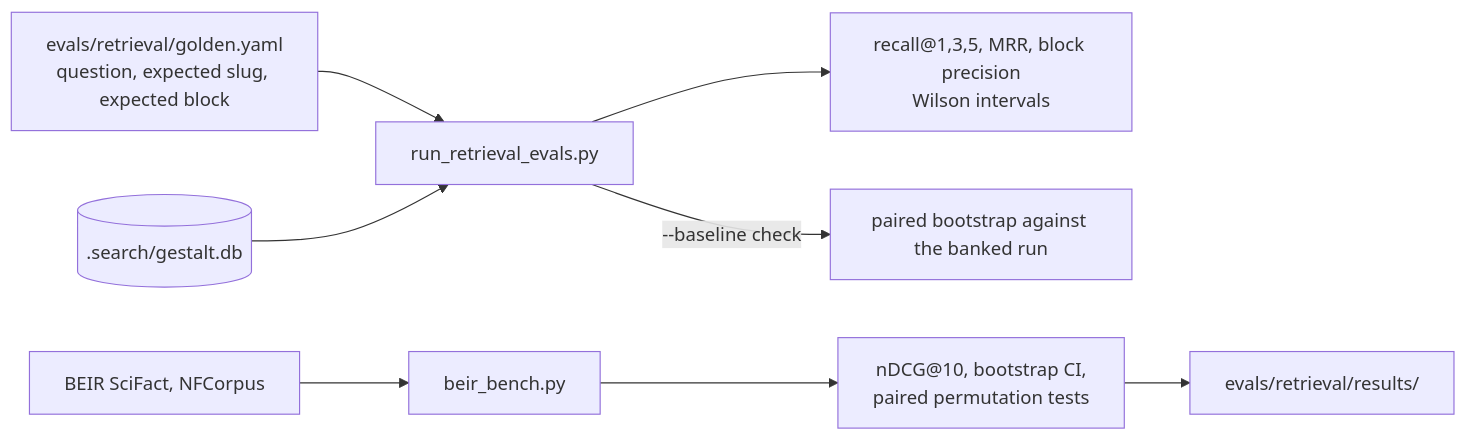
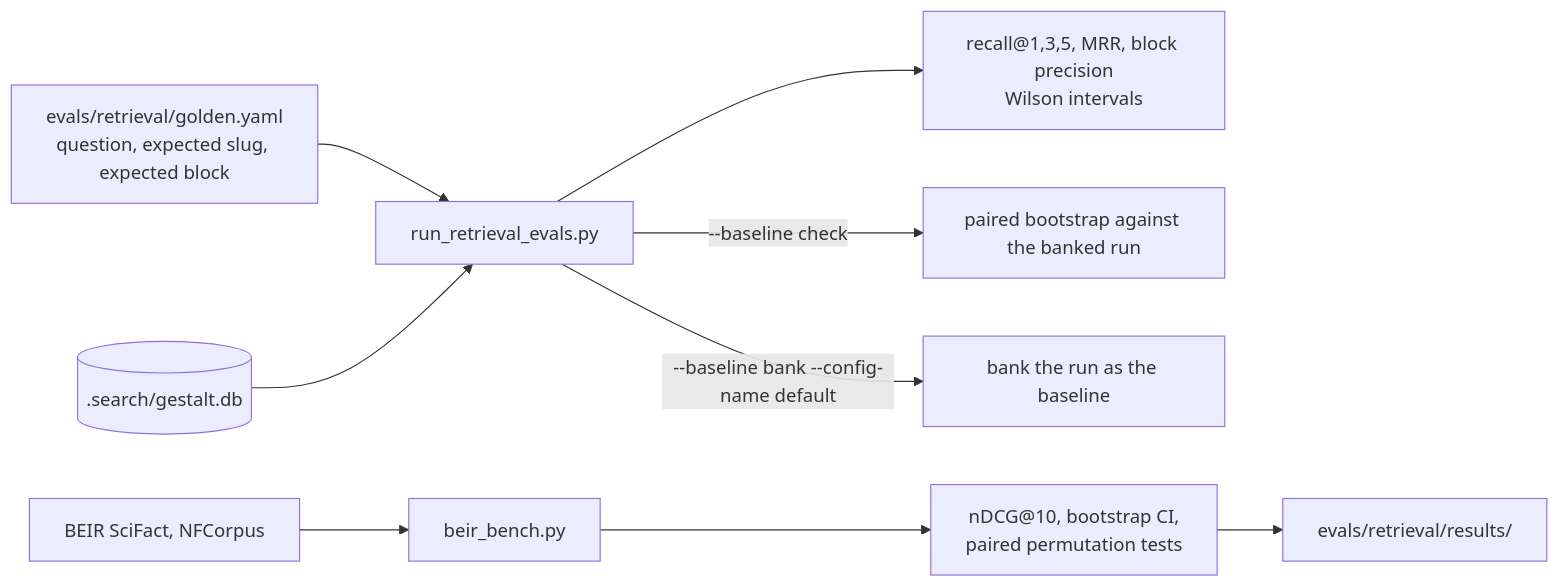
Before and after one commit to phbui/gestalt-core: the seventh of 8 diagrams in docs/ARCHITECTURE.md, drawn with Mermaid. The commit also changed other lines of this file and 207 other files, not shown here.

````diff
--- a/docs/ARCHITECTURE.md
+++ b/docs/ARCHITECTURE.md
@@ -138,10 +140,11 @@
 ```mermaid
 flowchart LR
   G["evals/retrieval/golden.yaml<br/>question, expected slug, expected block"] --> R["run_retrieval_evals.py"]
   DB[(".search/gestalt.db")] --> R
   R --> M["recall@1,3,5, MRR, block precision<br/>Wilson intervals"]
   R -->|"--baseline check"| C["paired bootstrap against the banked run"]
+  R -->|"--baseline bank --config-name default"| BK["bank the run as the baseline"]
   BE["BEIR SciFact, NFCorpus"] --> BB["beir_bench.py"]
   BB --> N["nDCG@10, bootstrap CI,<br/>paired permutation tests"]
   N --> RES["evals/retrieval/results/"]
 ```
````
